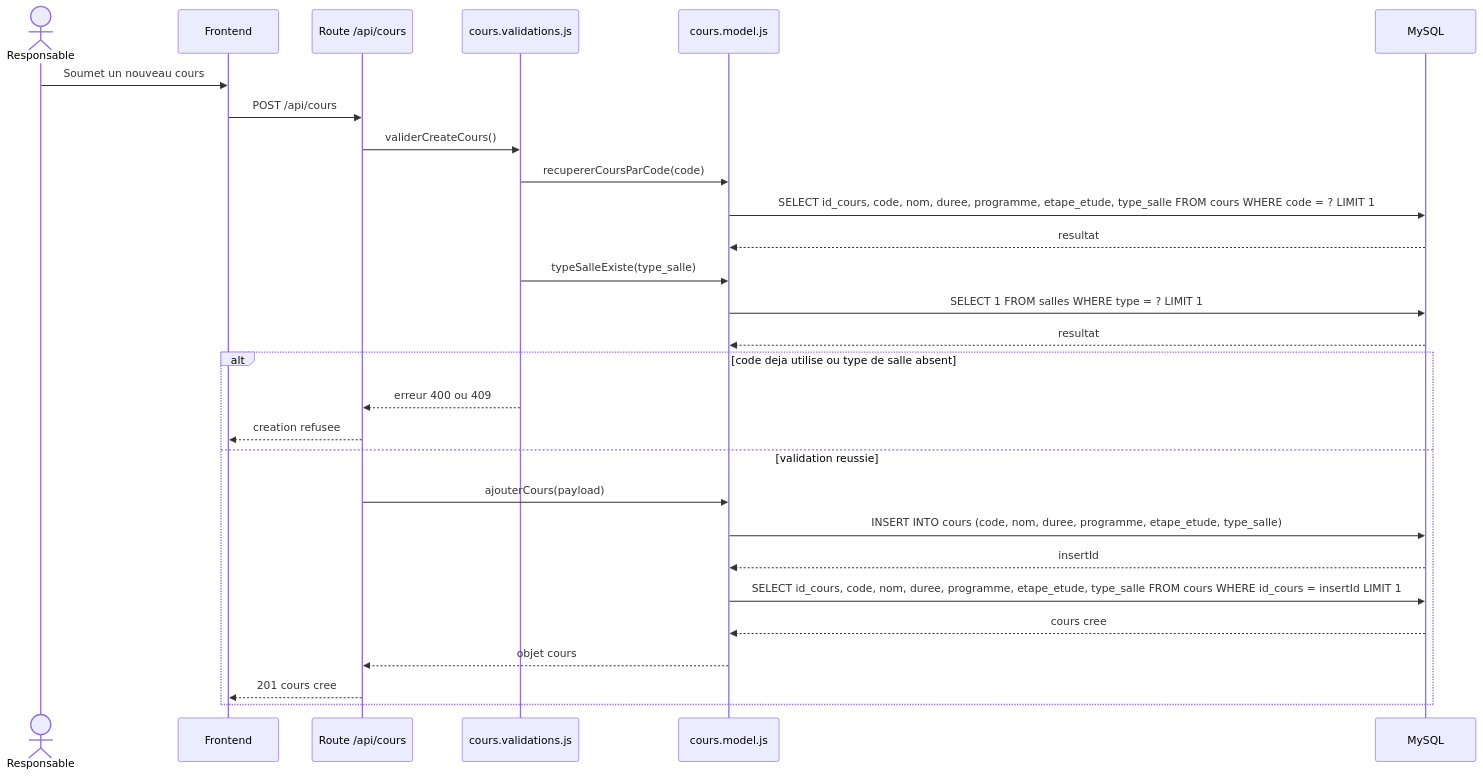
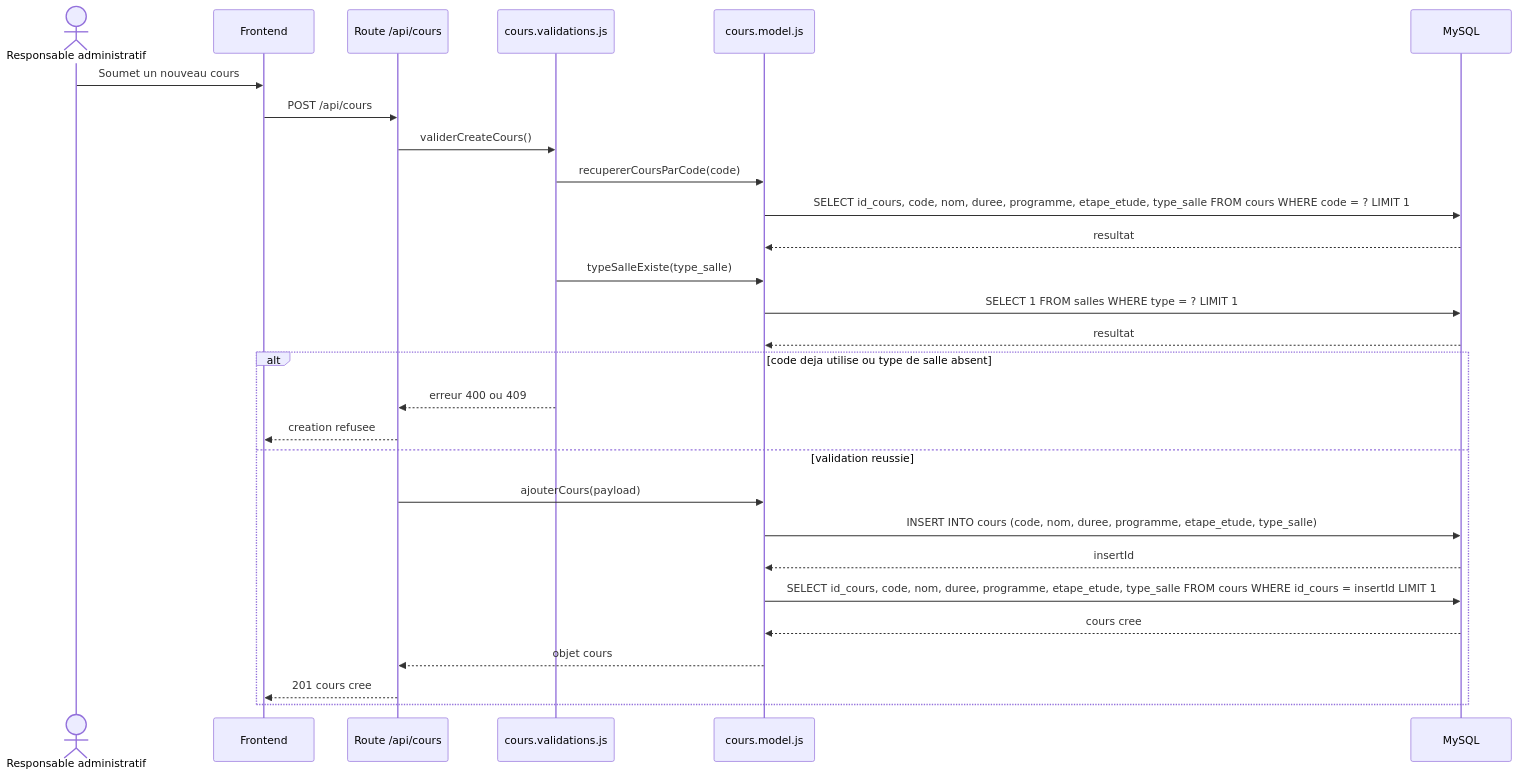
Before and after one commit to saberkara10/Horaire-5: the diagram in documents/diagrammes/cours-sequence.mmd, drawn with Mermaid. The commit also changed 189 other files, not shown here.

```diff
--- a/documents/diagrammes/cours-sequence.mmd
+++ b/documents/diagrammes/cours-sequence.mmd
@@ -1,30 +1,30 @@
 sequenceDiagram
-    actor Responsable
+    actor ResponsableAdministratif as Responsable administratif
     participant Frontend
     participant RouteCours as Route /api/cours
     participant Validation as cours.validations.js
     participant ModelCours as cours.model.js
     participant MySQL
 
-    Responsable->>Frontend: Soumet un nouveau cours
+    ResponsableAdministratif->>Frontend: Soumet un nouveau cours
     Frontend->>RouteCours: POST /api/cours
     RouteCours->>Validation: validerCreateCours()
     Validation->>ModelCours: recupererCoursParCode(code)
     ModelCours->>MySQL: SELECT id_cours, code, nom, duree, programme, etape_etude, type_salle FROM cours WHERE code = ? LIMIT 1
     MySQL-->>ModelCours: resultat
     Validation->>ModelCours: typeSalleExiste(type_salle)
     ModelCours->>MySQL: SELECT 1 FROM salles WHERE type = ? LIMIT 1
     MySQL-->>ModelCours: resultat
 
     alt code deja utilise ou type de salle absent
         Validation-->>RouteCours: erreur 400 ou 409
         RouteCours-->>Frontend: creation refusee
     else validation reussie
         RouteCours->>ModelCours: ajouterCours(payload)
         ModelCours->>MySQL: INSERT INTO cours (code, nom, duree, programme, etape_etude, type_salle)
         MySQL-->>ModelCours: insertId
         ModelCours->>MySQL: SELECT id_cours, code, nom, duree, programme, etape_etude, type_salle FROM cours WHERE id_cours = insertId LIMIT 1
         MySQL-->>ModelCours: cours cree
         ModelCours-->>RouteCours: objet cours
         RouteCours-->>Frontend: 201 cours cree
     end
```
